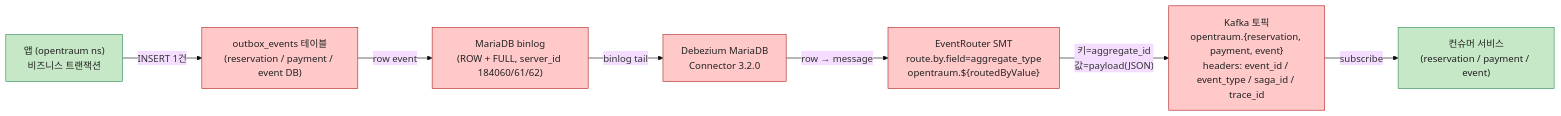
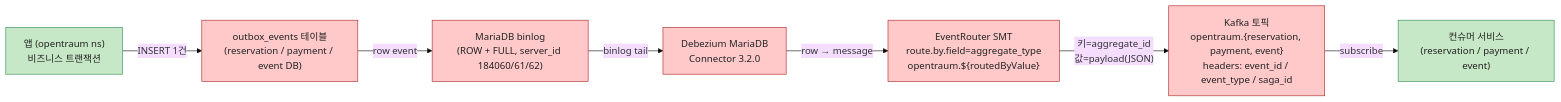
The third of 5 diagrams in docs/OPENTRAUM-INFRA-04-DATA.md (OpenTraum/OpenTraum-Infra), drawn with Mermaid before and after one commit. The commit also changed other lines of this file and 22 other files, not shown here.

````diff
--- a/docs/OPENTRAUM-INFRA-04-DATA.md
+++ b/docs/OPENTRAUM-INFRA-04-DATA.md
@@ -473,21 +471,21 @@
 ```mermaid
 %%{init: {'theme':'base'}}%%
 flowchart LR
   APP["앱 (opentraum ns)<br/>비즈니스 트랜잭션"]:::app
   OUT["outbox_events 테이블<br/>(reservation / payment / event DB)"]:::data
   BIN["MariaDB binlog<br/>(ROW + FULL, server_id 184060/61/62)"]:::data
   DEB["Debezium MariaDB<br/>Connector 3.2.0"]:::data
   SMT["EventRouter SMT<br/>route.by.field=aggregate_type<br/>opentraum.${routedByValue}"]:::data
-  TOPIC["Kafka 토픽<br/>opentraum.{reservation, payment, event}<br/>headers: event_id / event_type / saga_id / trace_id"]:::data
+  TOPIC["Kafka 토픽<br/>opentraum.{reservation, payment, event}<br/>headers: event_id / event_type / saga_id"]:::data
   CONS["컨슈머 서비스<br/>(reservation / payment / event)"]:::app
 
   APP -->|"INSERT 1건"| OUT
   OUT -->|"row event"| BIN
   BIN -->|"binlog tail"| DEB
   DEB -->|"row → message"| SMT
   SMT -->|"키=aggregate_id<br/>값=payload(JSON)"| TOPIC
   TOPIC -->|"subscribe"| CONS
 
   classDef app fill:#C7E8C7,stroke:#2E8B57,color:#222
   classDef data fill:#FFC9C9,stroke:#B22222,color:#222
 ```
````
